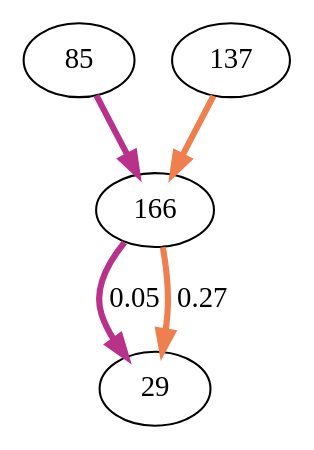
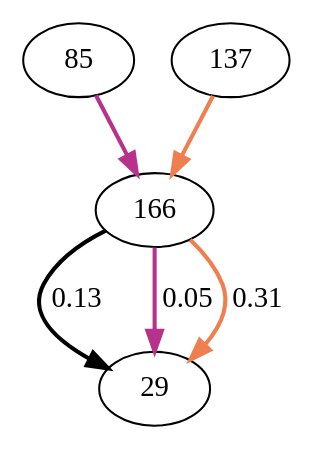
Before and after one commit to jonhyona/Potts_python_Ghislain: the diagram in graph/my_graph166.dot, drawn with Graphviz. The commit also changed 54 other files, not shown here.

```diff
--- a/graph/my_graph166.dot
+++ b/graph/my_graph166.dot
@@ -1,10 +1,11 @@
 digraph  {
 85;
 166;
 29;
 137;
-85 -> 166  [color="#b8318a", key=0, penwidth=3];
-166 -> 29  [color="#b8318a", key=0, label="0.05", penwidth=3];
-166 -> 29  [color="#f07f4f", key=1, label="0.27", penwidth=3];
-137 -> 166  [color="#f07f4f", key=0, penwidth=3];
+85 -> 166  [color="#b8318a", key=0, penwidth=2];
+166 -> 29  [color=black, key=0, label="0.13", penwidth=2];
+166 -> 29  [color="#b8318a", key=1, label="0.05", penwidth=2];
+166 -> 29  [color="#f07f4f", key=2, label="0.31", penwidth=2];
+137 -> 166  [color="#f07f4f", key=0, penwidth=2];
 }
```
